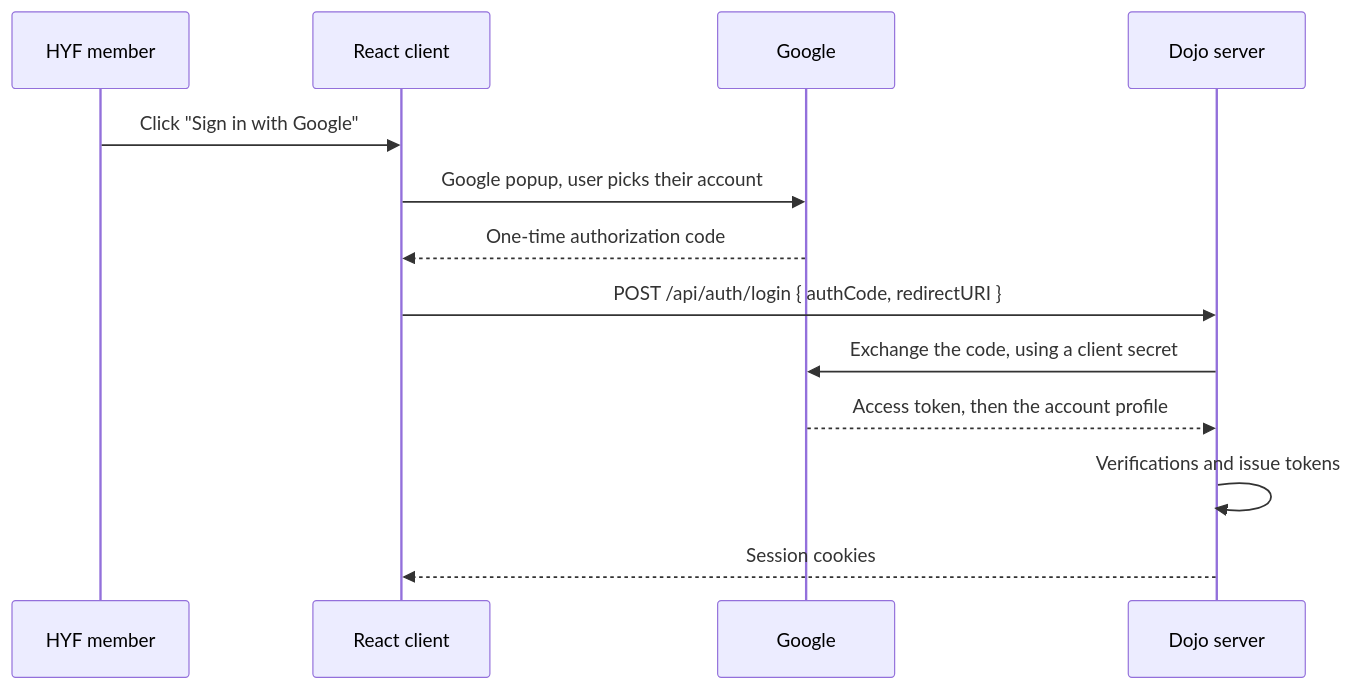
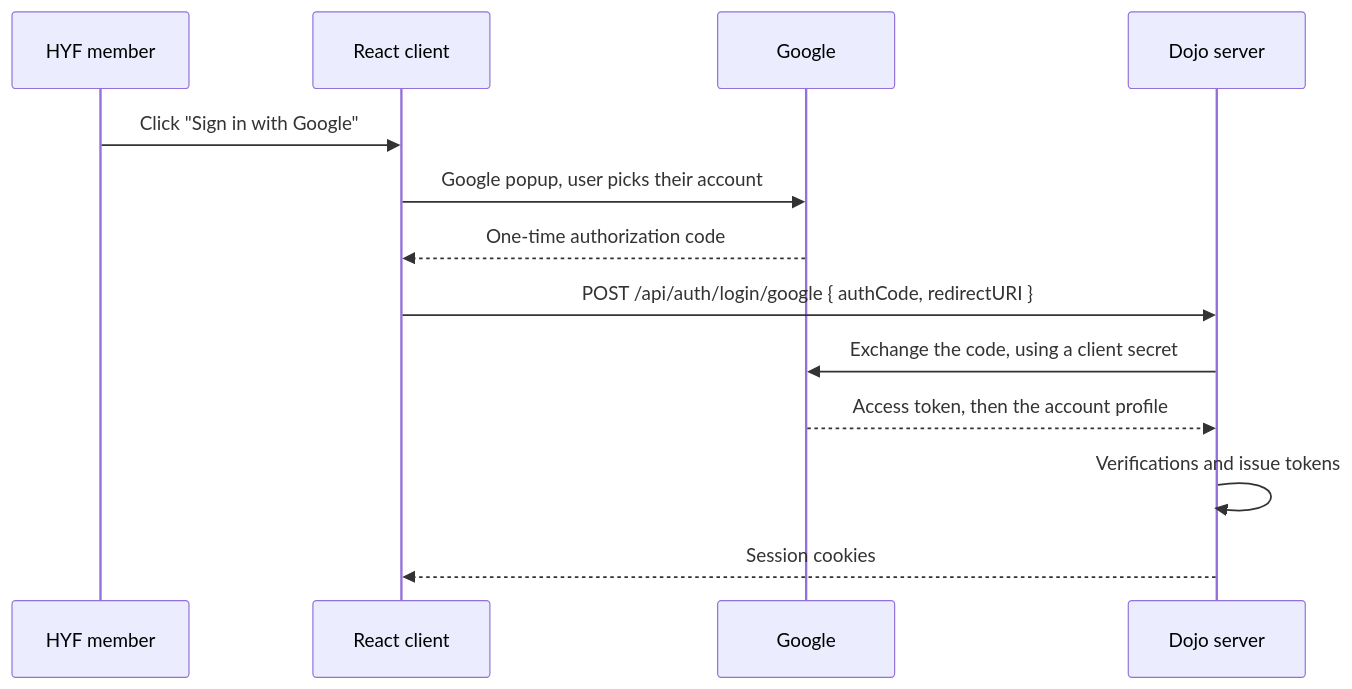
The diagram in server-spring/auth.md (HackYourFuture/dojo), drawn with Mermaid before and after one commit. The commit also changed other lines of this file and 9 other files, not shown here.

````diff
--- a/server-spring/auth.md
+++ b/server-spring/auth.md
@@ -11,16 +11,16 @@
 ```mermaid
 sequenceDiagram
     participant U as HYF member
     participant C as React client
     participant G as Google
     participant S as Dojo server
 
     U->>C: Click "Sign in with Google"
     C->>G: Google popup, user picks their account
     G-->>C: One-time authorization code
-    C->>S: POST /api/auth/login { authCode, redirectURI }
+    C->>S: POST /api/auth/login/google { authCode, redirectURI }
     S->>G: Exchange the code, using a client secret
     G-->>S: Access token, then the account profile
     S->>S: Verifications and issue tokens
     S-->>C: Session cookies
 ```
````
